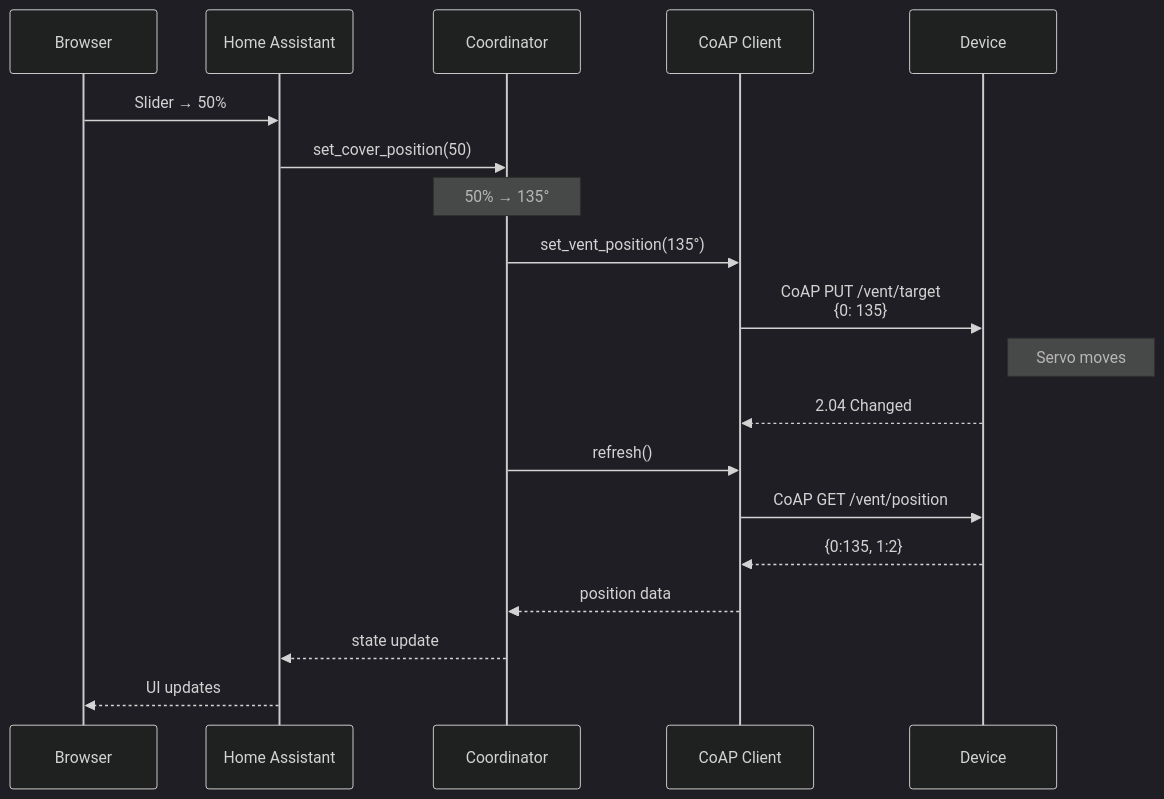
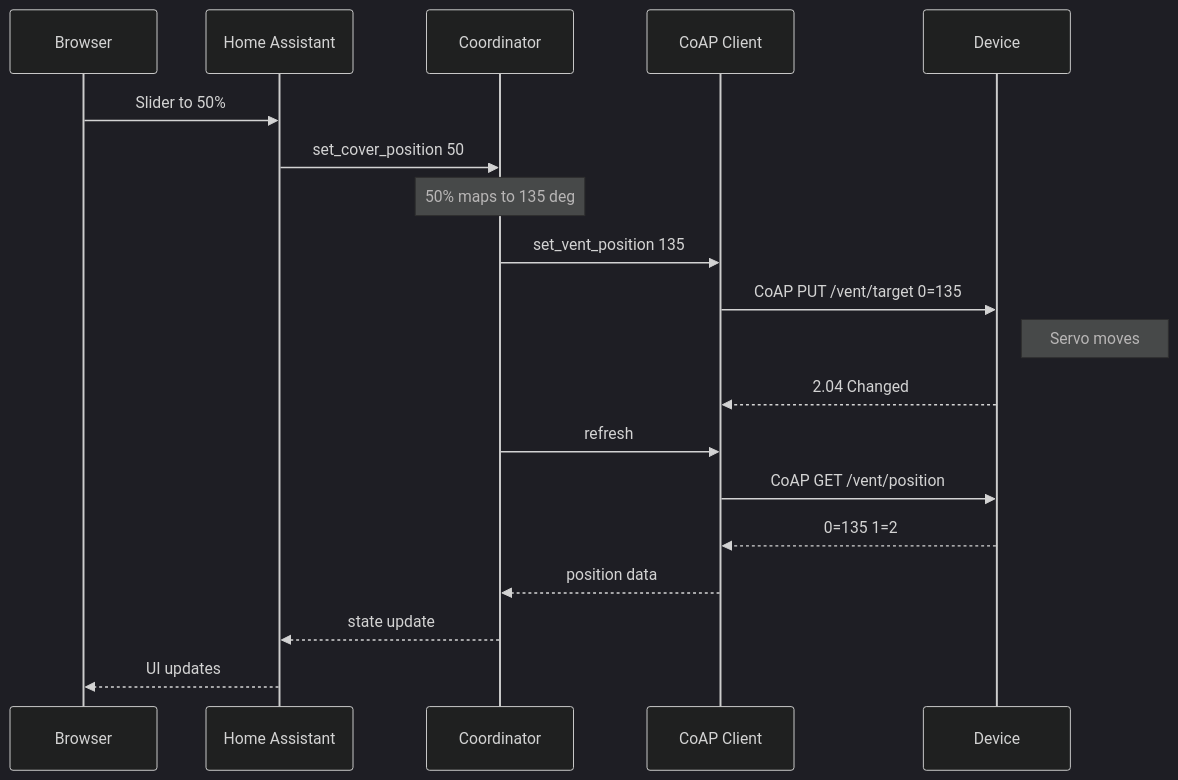
One commit to EtaCassiopeia/smart-vent changed the third of 5 diagrams in docs/architecture.md. Above: the diagram before and after it, drawn with Mermaid (dark theme). The commit also changed other lines of this file, not shown here.

First line of the commit message:
Fix Mermaid diagrams for GitHub rendering

````diff
--- a/docs/architecture.md
+++ b/docs/architecture.md
@@ -400,22 +400,22 @@
 ```mermaid
 sequenceDiagram
     participant Browser
     participant HA as Home Assistant
     participant Coord as Coordinator
     participant CoAP as CoAP Client
     participant Device
 
-    Browser->>HA: Slider → 50%
-    HA->>Coord: set_cover_position(50)
-    Note over Coord: 50% → 135°
-    Coord->>CoAP: set_vent_position(135°)
-    CoAP->>Device: CoAP PUT /vent/target<br/>{0: 135}
+    Browser->>HA: Slider to 50%
+    HA->>Coord: set_cover_position 50
+    Note over Coord: 50% maps to 135 deg
+    Coord->>CoAP: set_vent_position 135
+    CoAP->>Device: CoAP PUT /vent/target 0=135
     Note right of Device: Servo moves
     Device-->>CoAP: 2.04 Changed
-    Coord->>CoAP: refresh()
+    Coord->>CoAP: refresh
     CoAP->>Device: CoAP GET /vent/position
-    Device-->>CoAP: {0:135, 1:2}
+    Device-->>CoAP: 0=135 1=2
     CoAP-->>Coord: position data
     Coord-->>HA: state update
     HA-->>Browser: UI updates
 ```
````
